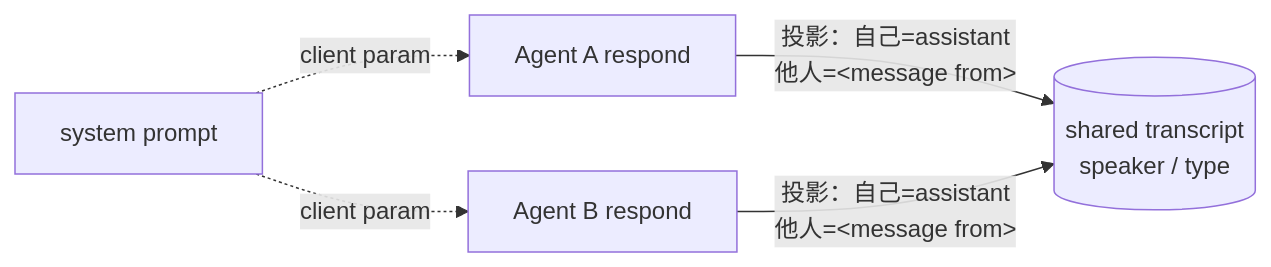
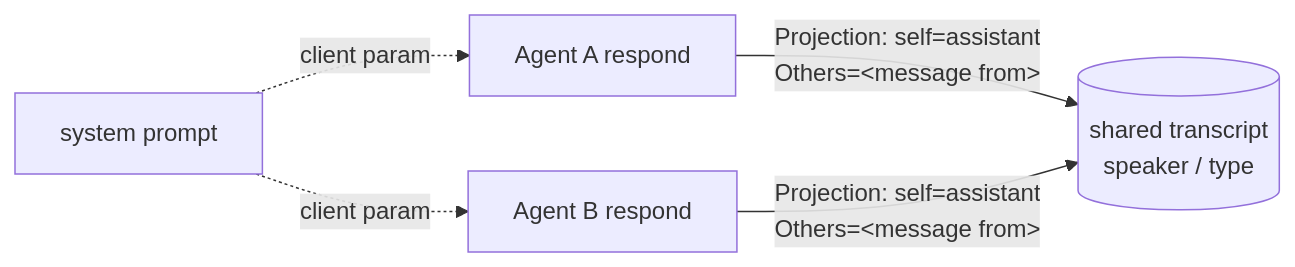
Before and after one commit to AndyUneducated/alchemy: the second of 13 diagrams in play/agent_engine/JOURNAL.md, drawn with Mermaid. The commit also changed other lines of this file and 197 other files, not shown here.

````diff
--- a/play/agent_engine/JOURNAL.md
+++ b/play/agent_engine/JOURNAL.md
@@ -76,8 +76,8 @@
 ```mermaid
 flowchart LR
-    T[(shared transcript<br/>speaker / type)]
-    A[Agent A respond] -->|投影：自己=assistant<br/>他人=&lt;message from&gt;| T
-    B[Agent B respond] -->|投影：自己=assistant<br/>他人=&lt;message from&gt;| T
-    SP[system prompt] -. client param .-> A
-    SP -. client param .-> B
+T[(shared transcript<br/>speaker / type)]
+A[Agent A respond] -->|Projection: self=assistant<br/>Others=&lt;message from&gt;| T
+B[Agent B respond] -->|Projection: self=assistant<br/>Others=&lt;message from&gt;| T
+SP[system prompt] -. client param .-> A
+SP -. client param .-> B
 ```
````
